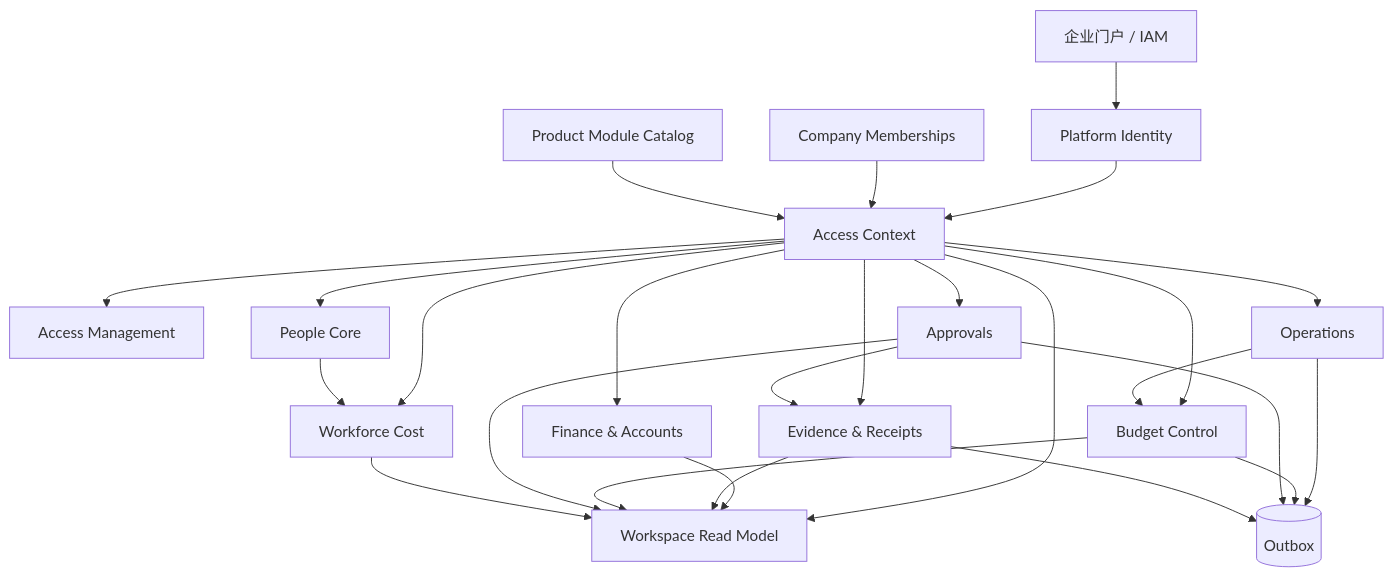
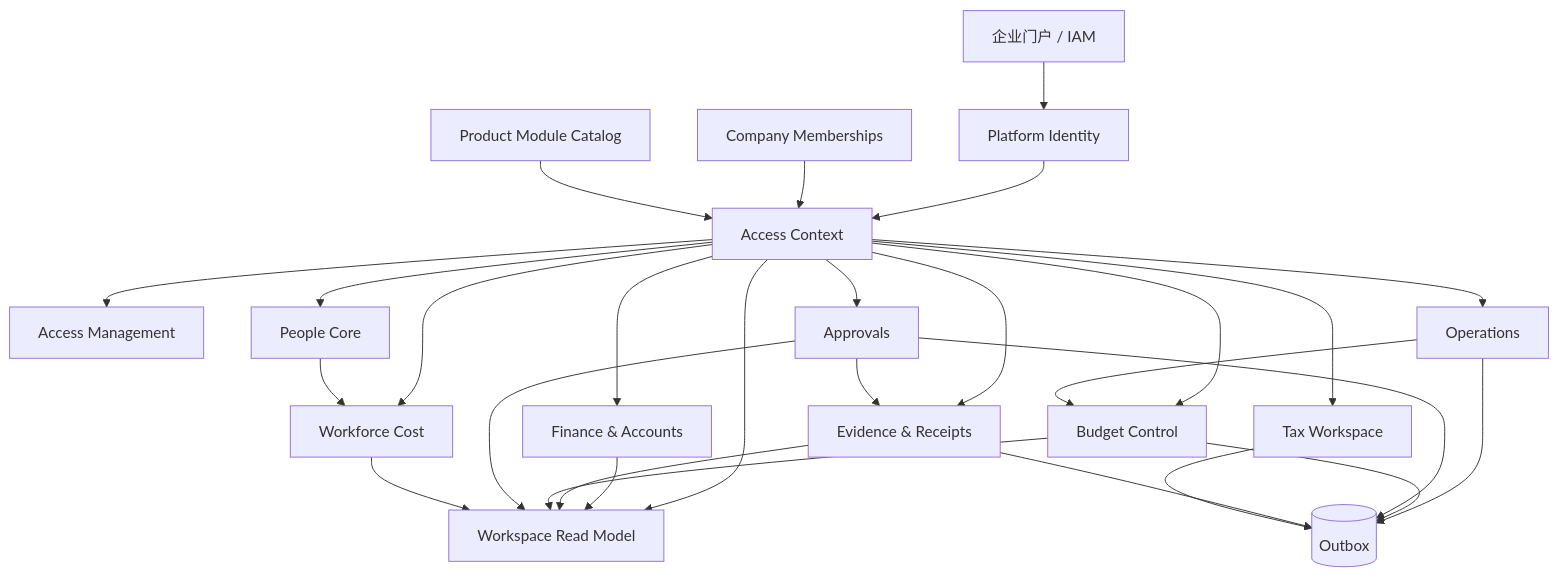
Before and after one commit to tiammomo/Mamoji: the diagram in docs/ENTERPRISE_MODULE_ARCHITECTURE.md, drawn with Mermaid. The commit also changed other lines of this file and 35 other files, not shown here.

````diff
--- a/docs/ENTERPRISE_MODULE_ARCHITECTURE.md
+++ b/docs/ENTERPRISE_MODULE_ARCHITECTURE.md
@@ -17,31 +17,33 @@
 ```mermaid
 flowchart TB
     host[企业门户 / IAM] --> identity[Platform Identity]
     identity --> access[Access Context]
     tenant[Company Memberships] --> access
     product[Product Module Catalog] --> access
 
     access --> accessManagement[Access Management]
     access --> workspace[Workspace Read Model]
     access --> approvals[Approvals]
     access --> operations[Operations]
     access --> budget[Budget Control]
     access --> finance[Finance & Accounts]
     access --> evidence[Evidence & Receipts]
+    access --> tax[Tax Workspace]
     access --> people[People Core]
     access --> workforce[Workforce Cost]
 
     operations --> budget
     approvals --> evidence
     finance --> workspace
     evidence --> workspace
     budget --> workspace
     approvals --> workspace
     people --> workforce
     workforce --> workspace
 
     operations --> outbox[(Outbox)]
     budget --> outbox
     approvals --> outbox
     evidence --> outbox
+    tax --> outbox
 ```
````
